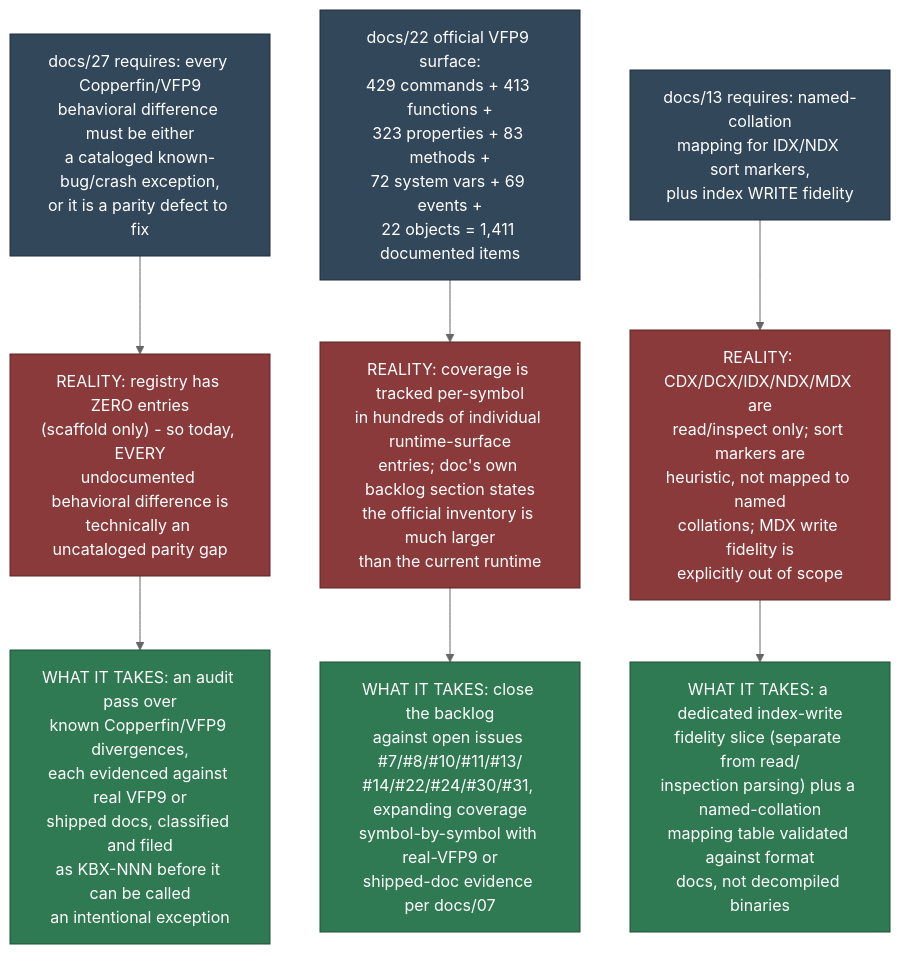
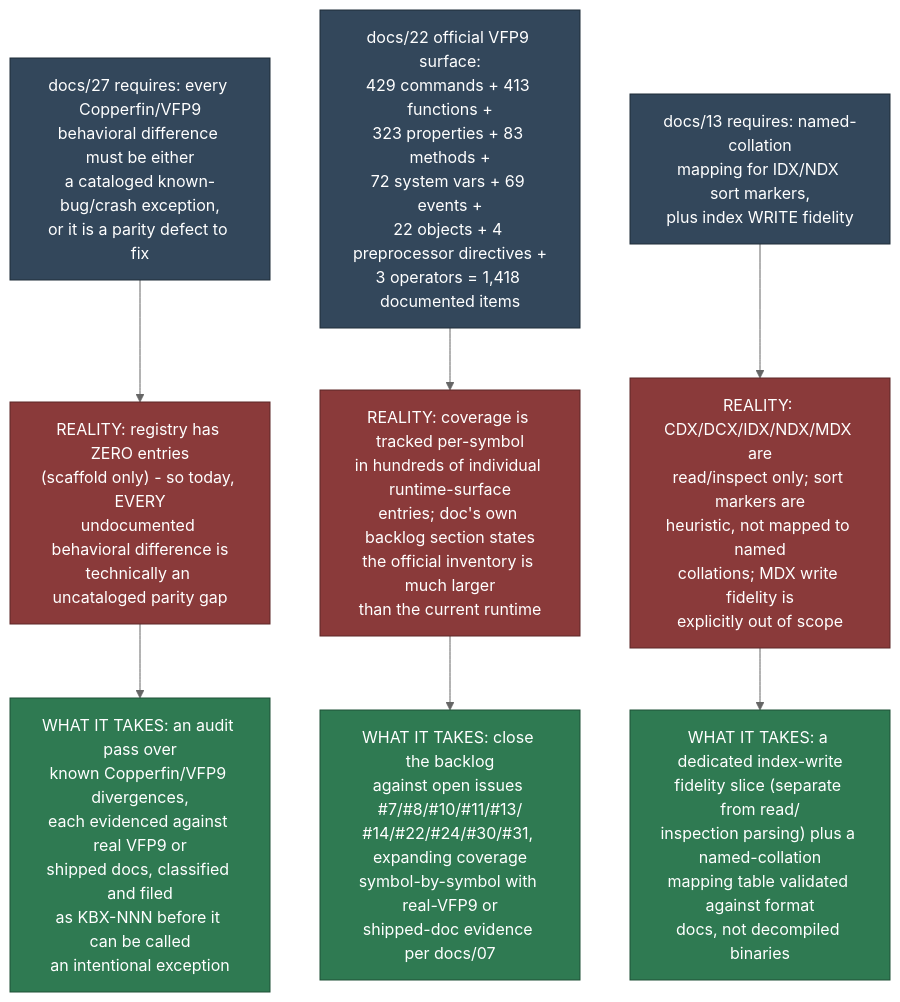
One commit to rhamenator/Project-Copperfin changed the diagram in docs/diagrams/gap-analysis-language-data-fidelity.md. Above: the diagram before and after it, drawn with Mermaid (neutral theme). The commit also changed 2 other files, not shown here.

````diff
--- a/docs/diagrams/gap-analysis-language-data-fidelity.md
+++ b/docs/diagrams/gap-analysis-language-data-fidelity.md
@@ -9,25 +9,25 @@
 ```mermaid
 flowchart TB
     classDef have fill:#2f7a52,stroke:#1e5136,color:#ffffff,stroke-width:1px;
     classDef gap fill:#8a3a3a,stroke:#5c2626,color:#ffffff,stroke-width:1px;
     classDef spec fill:#33475b,stroke:#1f2c38,color:#ffffff,stroke-width:1px;
 
     KBX_SPEC["docs/27 requires: every Copperfin/VFP9\nbehavioral difference must be either\na cataloged known-bug/crash exception,\nor it is a parity defect to fix"]
     KBX_REAL["REALITY: registry has ZERO entries\n(scaffold only) - so today, EVERY\nundocumented behavioral difference is\ntechnically an uncataloged parity gap"]
     KBX_NEED["WHAT IT TAKES: an audit pass over\nknown Copperfin/VFP9 divergences,\neach evidenced against real VFP9 or\nshipped docs, classified and filed\nas KBX-NNN before it can be called\nan intentional exception"]
     KBX_SPEC --> KBX_REAL --> KBX_NEED
 
-    LANG_SPEC["docs/22 official VFP9 surface:\n429 commands + 413 functions +\n323 properties + 83 methods +\n72 system vars + 69 events +\n22 objects = 1,411 documented items"]
+    LANG_SPEC["docs/22 official VFP9 surface:\n429 commands + 413 functions +\n323 properties + 83 methods +\n72 system vars + 69 events +\n22 objects + 4 preprocessor directives +\n3 operators = 1,418 documented items"]
     LANG_REAL["REALITY: coverage is tracked per-symbol\nin hundreds of individual runtime-surface\nentries; doc's own backlog section states\nthe official inventory is much larger\nthan the current runtime"]
     LANG_NEED["WHAT IT TAKES: close the backlog\nagainst open issues #7/#8/#10/#11/#13/\n#14/#22/#24/#30/#31, expanding coverage\nsymbol-by-symbol with real-VFP9 or\nshipped-doc evidence per docs/07"]
     LANG_SPEC --> LANG_REAL --> LANG_NEED
 
     IDX_SPEC["docs/13 requires: named-collation\nmapping for IDX/NDX sort markers,\nplus index WRITE fidelity"]
     IDX_REAL["REALITY: CDX/DCX/IDX/NDX/MDX are\nread/inspect only; sort markers are\nheuristic, not mapped to named\ncollations; MDX write fidelity is\nexplicitly out of scope"]
     IDX_NEED["WHAT IT TAKES: a dedicated index-write\nfidelity slice (separate from read/\ninspection parsing) plus a named-collation\nmapping table validated against format\ndocs, not decompiled binaries"]
     IDX_SPEC --> IDX_REAL --> IDX_NEED
 
     class KBX_SPEC,LANG_SPEC,IDX_SPEC spec;
     class KBX_REAL,LANG_REAL,IDX_REAL gap;
     class KBX_NEED,LANG_NEED,IDX_NEED have;
 ```
````
